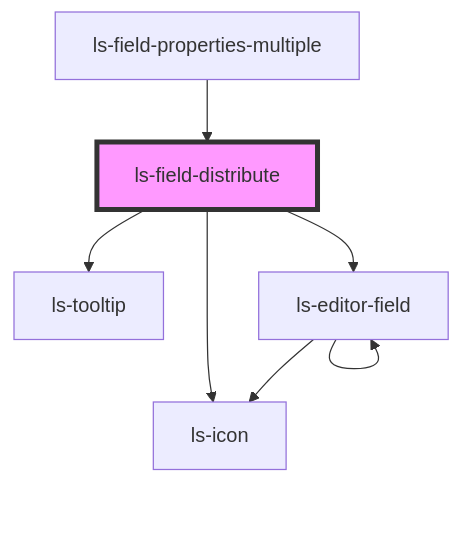
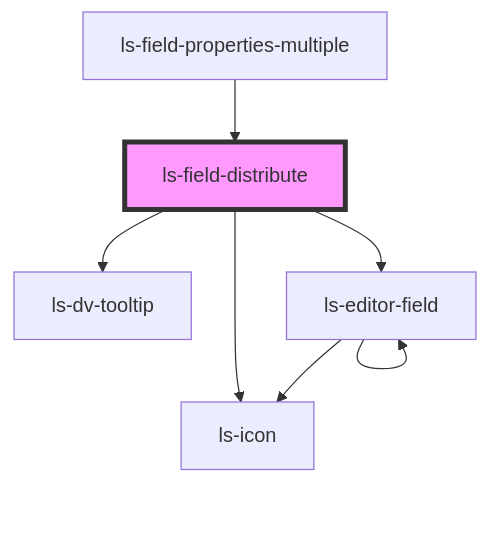
One commit to legalesign/ls-document-viewer changed the diagram in src/components/ls-field-distribute/readme.md. Above: the diagram before and after it, drawn with Mermaid. The commit also changed other lines of this file and 72 other files, not shown here.

````diff
--- a/src/components/ls-field-distribute/readme.md
+++ b/src/components/ls-field-distribute/readme.md
@@ -35,10 +35,10 @@
 ```mermaid
 graph TD;
   ls-field-distribute --> ls-icon
-  ls-field-distribute --> ls-tooltip
+  ls-field-distribute --> ls-dv-tooltip
   ls-field-distribute --> ls-editor-field
   ls-editor-field --> ls-icon
   ls-editor-field --> ls-editor-field
   ls-field-properties-multiple --> ls-field-distribute
   style ls-field-distribute fill:#f9f,stroke:#333,stroke-width:4px
 ```
````
